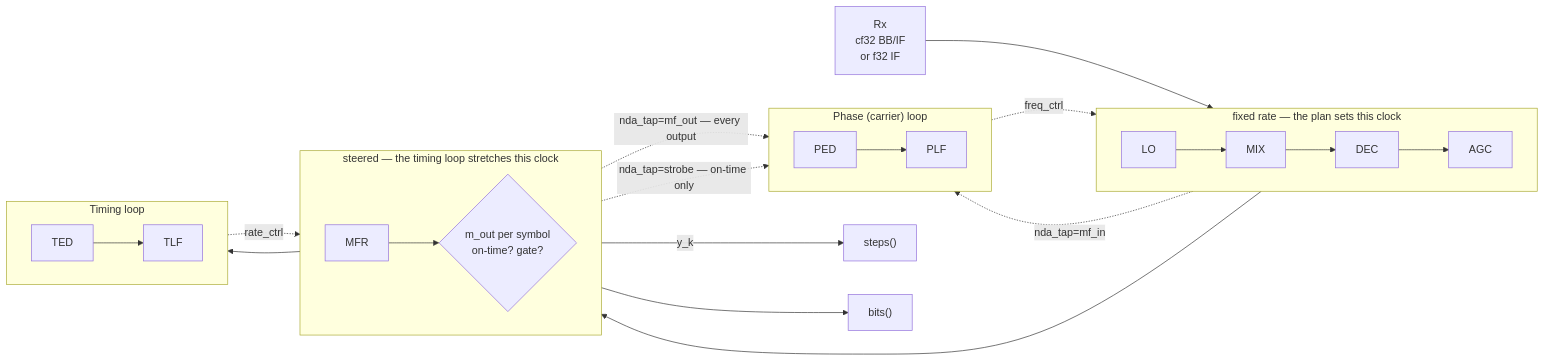
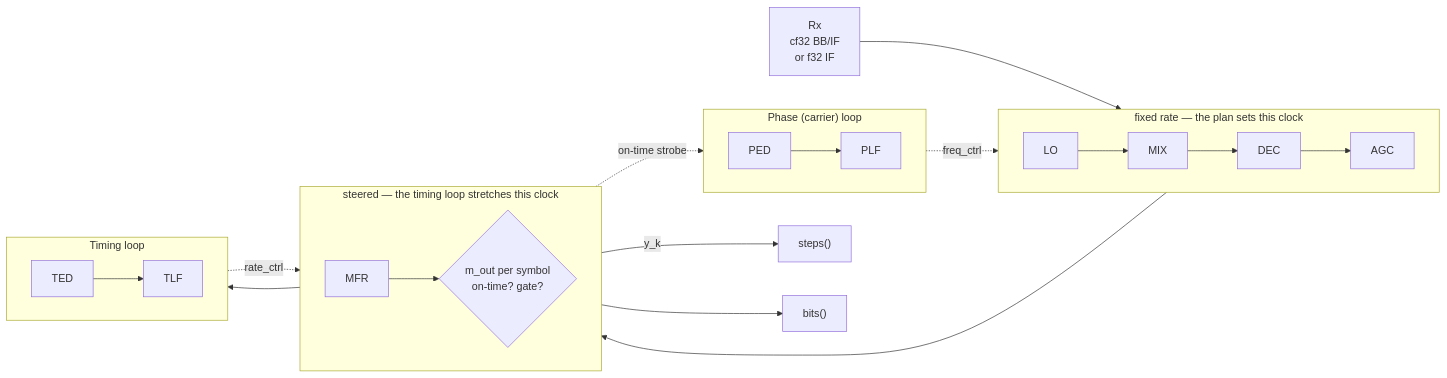
One commit to doppler-dsp/doppler changed the first of 2 diagrams in docs/design/mpsk.md. Above: the diagram before and after it, drawn with Mermaid. The commit also changed other lines of this file and 76 other files, not shown here.

````diff
--- a/docs/design/mpsk.md
+++ b/docs/design/mpsk.md
@@ -66,36 +66,34 @@
 ```mermaid
 flowchart LR
     IN["Rx<br/>cf32 BB/IF<br/>or f32 IF"]
 
     subgraph FIXED["fixed rate — the plan sets this clock"]
         direction LR
         LO["LO"] --> MIX["MIX"]
         MIX --> DEC["DEC"] --> AGC["AGC"]
     end
 
     subgraph STEERED["steered — the timing loop stretches this clock"]
         direction LR
         MFR["MFR"] --> STROBE{"m_out per symbol<br/>on-time? gate?"}
     end
 
     subgraph CAR["Phase (carrier) loop"]
         direction LR
         PED["PED"] --> PLF["PLF"]
     end
 
     subgraph TL["Timing loop"]
         direction LR
         TED["TED"] --> TLF["TLF"]
     end
 
     IN --> MIX
     AGC --> MFR
-    AGC -.->|"nda_tap=mf_in"| PED
-    STROBE -.->|"nda_tap=mf_out — every output"| PED
-    STROBE -.->|"nda_tap=strobe — on-time only"| PED
+    STROBE -.->|"on-time strobe"| PED
     STROBE --> TED
     PLF -.->|"freq_ctrl"| LO
     TLF -.->|"rate_ctrl"| MFR
     STROBE -->|"y_k"| OUT["steps()"]
     STROBE --> BITS["bits()"]
 ```
````
